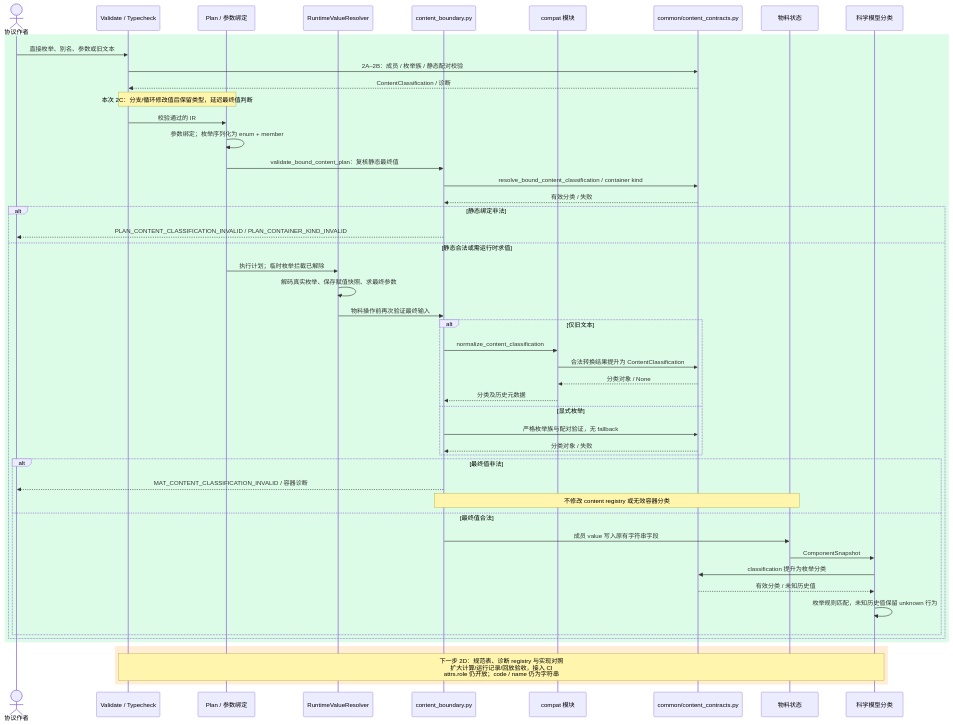
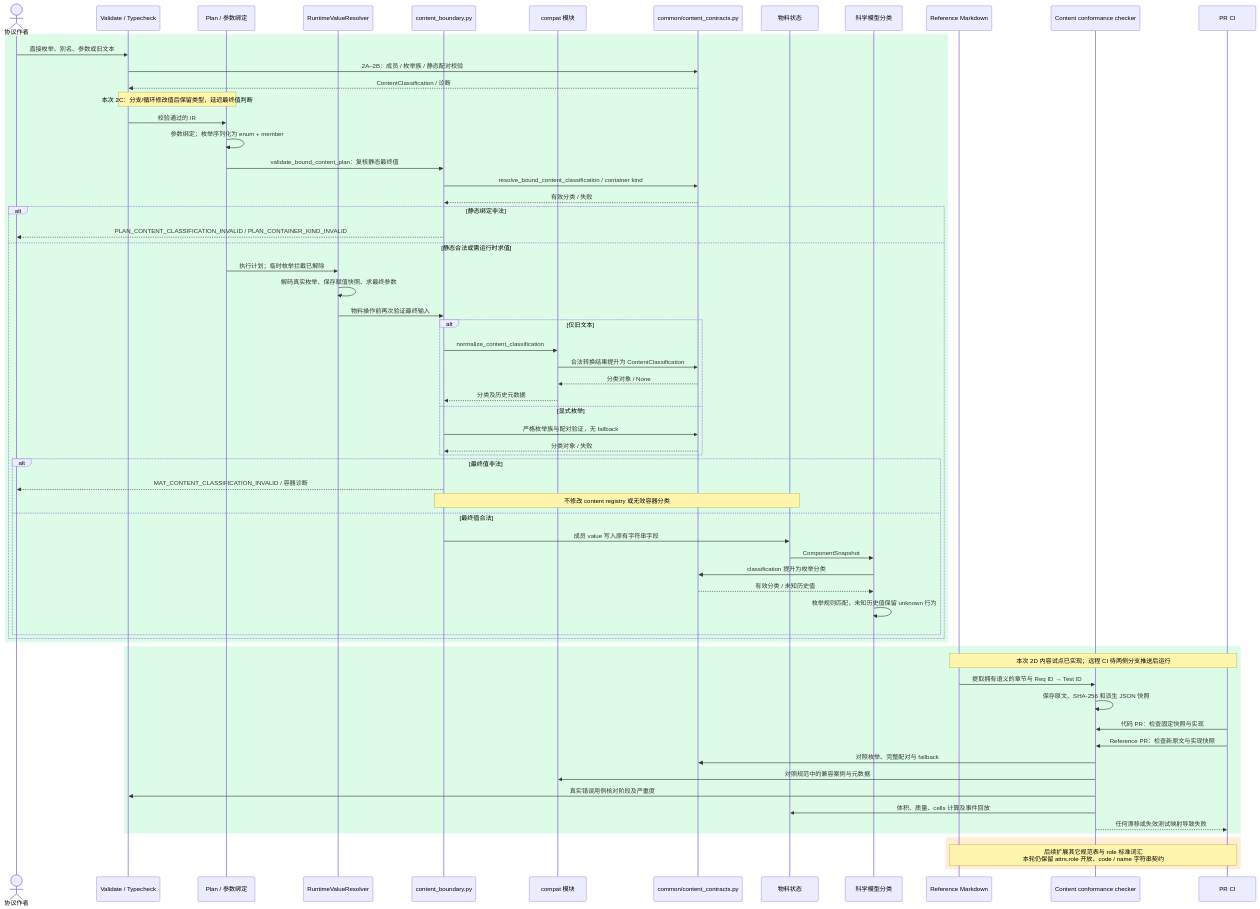
One commit to culsma/culsma changed the second of 3 diagrams in docs/architecture/pipeline/validate_module_diagrams.md. Above: the diagram before and after it, drawn with Mermaid. The commit also changed other lines of this file and 9 other files, not shown here.

Commit message:
test(content): enforce reference conformance and diagnostic ownership

````diff
--- a/docs/architecture/pipeline/validate_module_diagrams.md
+++ b/docs/architecture/pipeline/validate_module_diagrams.md
@@ -39,53 +51,68 @@
 ```mermaid
 sequenceDiagram
     actor Author as 协议作者
     participant Check as Validate / Typecheck
     participant Plan as Plan / 参数绑定
     participant Values as RuntimeValueResolver
     participant Boundary as content_boundary.py
     participant Legacy as compat 模块
     participant Shared as common/content_contracts.py
     participant Material as 物料状态
     participant Science as 科学模型分类
+    participant Reference as Reference Markdown
+    participant Conformance as Content conformance checker
+    participant CI as PR CI
 
     rect rgb(220, 252, 231)
         Author->>Check: 直接枚举、别名、参数或旧文本
         Check->>Shared: 2A–2B：成员 / 枚举族 / 静态配对校验
         Shared-->>Check: ContentClassification / 诊断
         Note over Check, Plan: 本次 2C：分支/循环修改值后保留类型，延迟最终值判断
         Check->>Plan: 校验通过的 IR
         Plan->>Plan: 参数绑定；枚举序列化为 enum + member
         Plan->>Boundary: validate_bound_content_plan：复核静态最终值
         Boundary->>Shared: resolve_bound_content_classification / container kind
         Shared-->>Boundary: 有效分类 / 失败
         alt 静态绑定非法
             Boundary-->>Author: PLAN_CONTENT_CLASSIFICATION_INVALID / PLAN_CONTAINER_KIND_INVALID
         else 静态合法或需运行时求值
             Plan->>Values: 执行计划；临时枚举拦截已解除
             Values->>Values: 解码真实枚举、保存赋值快照、求最终参数
             Values->>Boundary: 物料操作前再次验证最终输入
             alt 仅旧文本
                 Boundary->>Legacy: normalize_content_classification
                 Legacy->>Shared: 合法转换结果提升为 ContentClassification
                 Shared-->>Legacy: 分类对象 / None
                 Legacy-->>Boundary: 分类及历史元数据
             else 显式枚举
                 Boundary->>Shared: 严格枚举族与配对验证，无 fallback
                 Shared-->>Boundary: 分类对象 / 失败
             end
             alt 最终值非法
                 Boundary-->>Author: MAT_CONTENT_CLASSIFICATION_INVALID / 容器诊断
                 Note over Boundary, Material: 不修改 content registry 或无效容器分类
             else 最终值合法
                 Boundary->>Material: 成员 value 写入原有字符串字段
                 Material->>Science: ComponentSnapshot
                 Science->>Shared: classification 提升为枚举分类
                 Shared-->>Science: 有效分类 / 未知历史值
                 Science->>Science: 枚举规则匹配，未知历史值保留 unknown 行为
             end
         end
     end
+    rect rgb(220, 252, 231)
+        Note over Reference, CI: 本次 2D 内容试点已实现；远程 CI 待两侧分支推送后运行
+        Reference->>Conformance: 提取拥有语义的章节与 Req ID → Test ID
+        Conformance->>Conformance: 保存原文、SHA-256 和派生 JSON 快照
+        CI->>Conformance: 代码 PR：检查固定快照与实现
+        CI->>Conformance: Reference PR：检查新原文与实现快照
+        Conformance->>Shared: 对照枚举、完整配对与 fallback
+        Conformance->>Legacy: 对照规范中的兼容案例与元数据
+        Conformance->>Check: 真实错误用例核对阶段及严重度
+        Conformance->>Material: 体积、质量、cells 计算及事件回放
+        Conformance-->>CI: 任何漂移或失效测试映射导致失败
+    end
     rect rgb(255, 237, 213)
-        Note over Check, Science: 下一步 2D：规范表、诊断 registry 与实现对照<br/>扩大计算/运行记录/回放验收，接入 CI<br/>attrs.role 仍开放；code / name 仍为字符串
+        Note over Reference, CI: 后续扩展其它规范表与 role 标准词汇<br/>本轮仍保留 attrs.role 开放、code / name 字符串契约
     end
 ```
````
